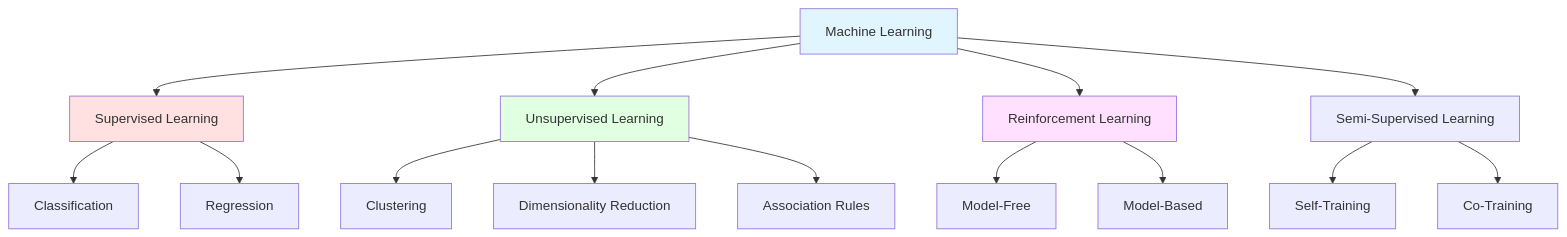
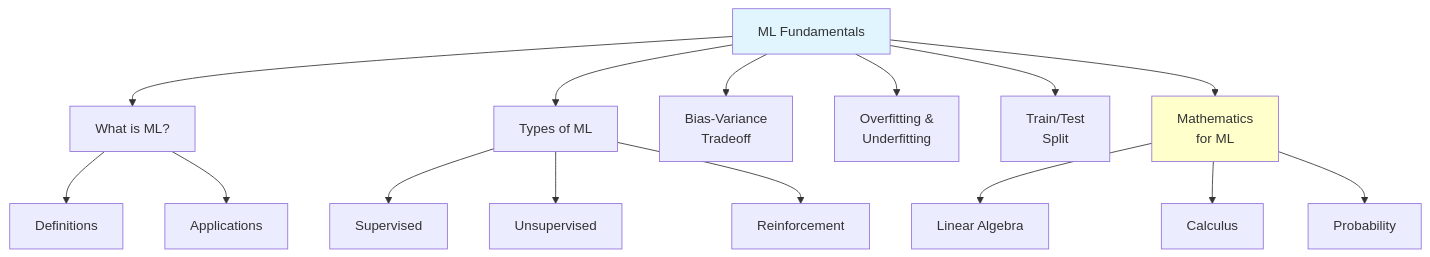
Before and after one commit to nvgr-GenAI/my-learning: the first of 2 diagrams in docs/ml/fundamentals/index.md, drawn with Mermaid. The commit also changed other lines of this file and 82 other files, not shown here.

````diff
--- a/docs/ml/fundamentals/index.md
+++ b/docs/ml/fundamentals/index.md
@@ -19,25 +24,23 @@
 ```mermaid
 graph TB
-    A[Machine Learning] --> B[Supervised Learning]
-    A --> C[Unsupervised Learning]
-    A --> D[Reinforcement Learning]
-    A --> E[Semi-Supervised Learning]
+    Start[ML Fundamentals] --> WhatML[What is ML?]
+    Start --> Types[Types of ML]
+    Start --> BiasVar[Bias-Variance<br/>Tradeoff]
+    Start --> OverUnder[Overfitting &<br/>Underfitting]
+    Start --> Split[Train/Test<br/>Split]
+    Start --> Math[Mathematics<br/>for ML]
 
-    B --> B1[Classification]
-    B --> B2[Regression]
+    WhatML --> Def[Definitions]
+    WhatML --> Apps[Applications]
 
-    C --> C1[Clustering]
-    C --> C2[Dimensionality Reduction]
-    C --> C3[Association Rules]
+    Types --> Super[Supervised]
+    Types --> Unsuper[Unsupervised]
+    Types --> Reinf[Reinforcement]
 
-    D --> D1[Model-Free]
-    D --> D2[Model-Based]
+    Math --> LinAlg[Linear Algebra]
+    Math --> Calc[Calculus]
+    Math --> Prob[Probability]
 
-    E --> E1[Self-Training]
-    E --> E2[Co-Training]
-
-    style A fill:#e1f5ff
-    style B fill:#ffe1e1
-    style C fill:#e1ffe1
-    style D fill:#ffe1ff
+    style Start fill:#e1f5ff
+    style Math fill:#ffffcc
 ```
````
